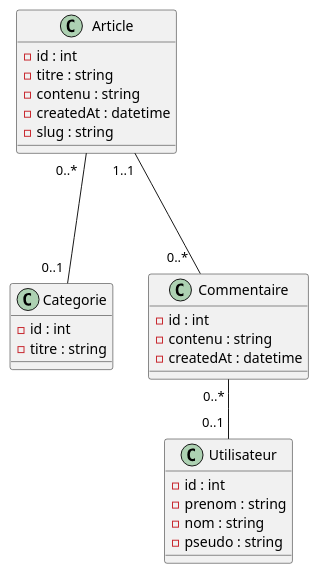
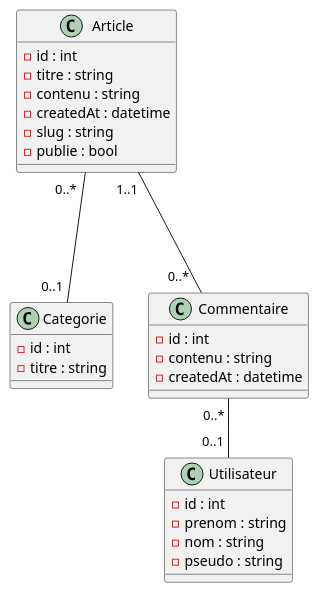
The diagram in Documentation/Diagramme de classe.puml (KilianBeaumont/symfony_blog), drawn with PlantUML before and after one commit. The commit also changed 12 other files, not shown here.

```diff
--- a/Documentation/Diagramme de classe.puml
+++ b/Documentation/Diagramme de classe.puml
@@ -1,34 +1,35 @@
 @startuml
 'https://plantuml.com/class-diagram
 
 
 class Article {
 -id : int
 -titre : string
 -contenu : string
 -createdAt : datetime
 -slug : string
+-publie : bool
 }
 
 class Categorie {
 -id : int
 -titre : string
 }
 
 class Commentaire {
 -id : int
 -contenu : string
 -createdAt : datetime
 }
 
 class Utilisateur {
 -id : int
 -prenom : string
 -nom : string
 -pseudo : string
 }
 
 Article  "0..*  " ---  "0..1 " Categorie
 Commentaire  "0..* " -- "0..1 " Utilisateur
 Article "1..1 " --- "0..*  " Commentaire
 @enduml
```
